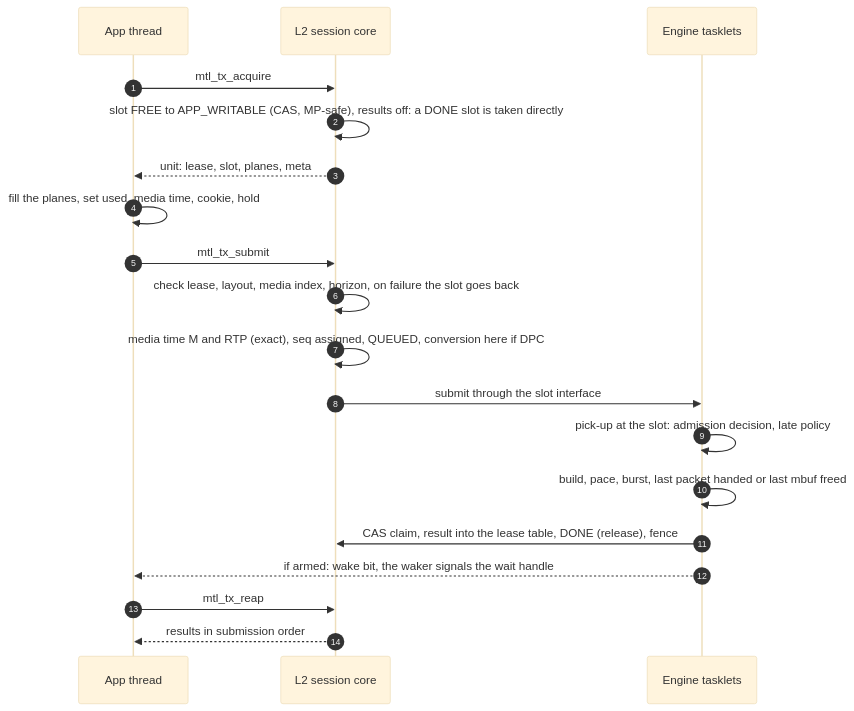
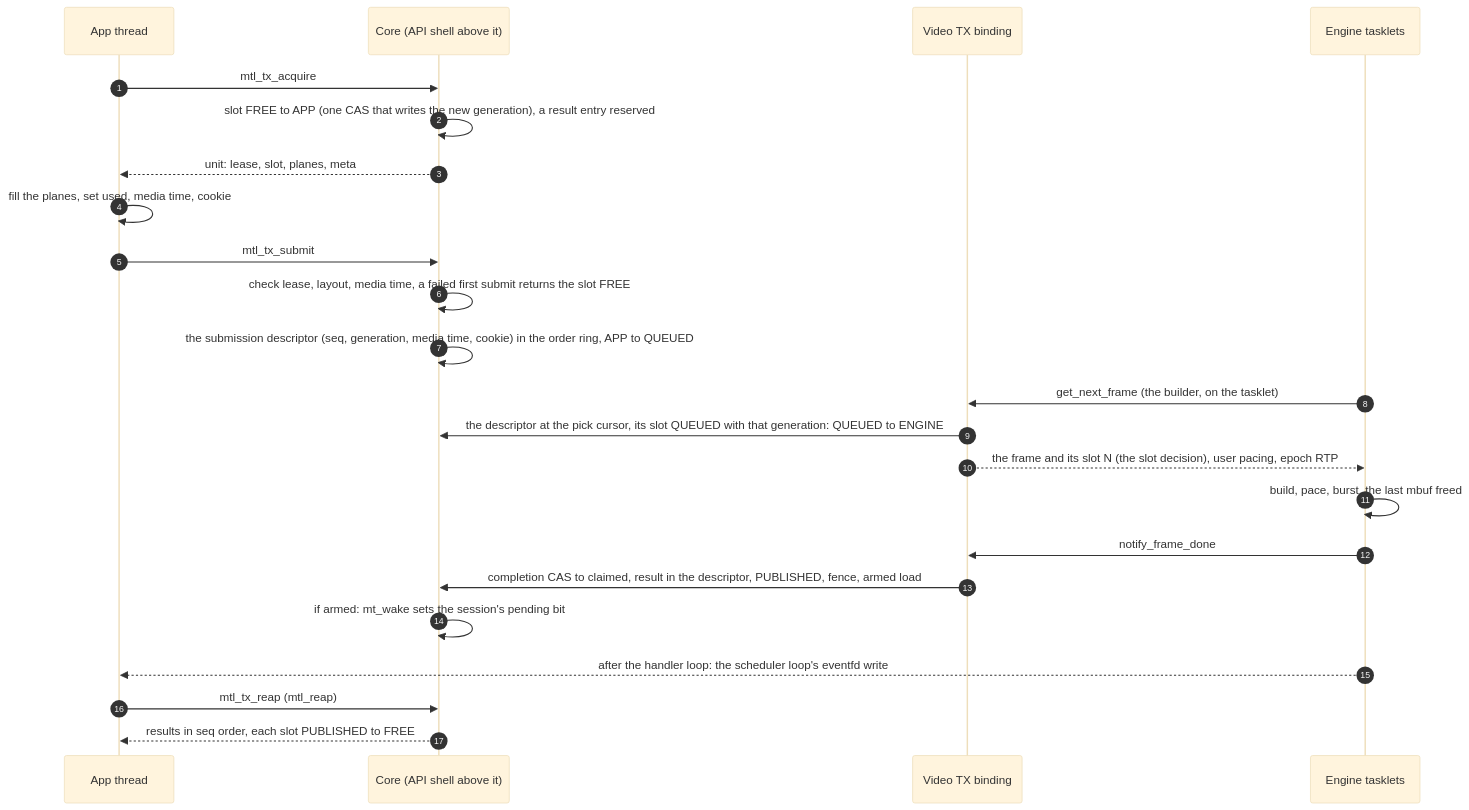
Before and after one commit to Sakoram/Media-Transport-Library: diagram 30 of 56 in doc/unified-api/diagrams.md, drawn with Mermaid (base theme). The commit also changed other lines of this file and 56 other files, not shown here.

````diff
--- a/doc/unified-api/diagrams.md
+++ b/doc/unified-api/diagrams.md
@@ -759,21 +810,25 @@
 ```mermaid
 sequenceDiagram
     autonumber
     participant A as App thread
-    participant L2 as L2 session core
+    participant C as Core (API shell above it)
+    participant B as Video TX binding
     participant E as Engine tasklets
-    A->>L2: mtl_tx_acquire
-    L2->>L2: slot FREE to APP_WRITABLE (CAS, MP-safe), results off: a DONE slot is taken directly
-    L2-->>A: unit: lease, slot, planes, meta
-    A->>A: fill the planes, set used, media time, cookie, hold
-    A->>L2: mtl_tx_submit
-    L2->>L2: check lease, layout, media index, horizon, on failure the slot goes back
-    L2->>L2: media time M and RTP (exact), seq assigned, QUEUED, conversion here if DPC
-    L2->>E: submit through the slot interface
-    E->>E: pick-up at the slot: admission decision, late policy
-    E->>E: build, pace, burst, last packet handed or last mbuf freed
-    E->>L2: CAS claim, result into the lease table, DONE (release), fence
-    E-->>A: if armed: wake bit, the waker signals the wait handle
-    A->>L2: mtl_tx_reap
-    L2-->>A: results in submission order
+    A->>C: mtl_tx_acquire
+    C->>C: slot FREE to APP (one CAS that writes the new generation), a result entry reserved
+    C-->>A: unit: lease, slot, planes, meta
+    A->>A: fill the planes, set used, media time, cookie
+    A->>C: mtl_tx_submit
+    C->>C: check lease, layout, media time, a failed first submit returns the slot FREE
+    C->>C: the submission descriptor (seq, generation, media time, cookie) in the order ring, APP to QUEUED
+    E->>B: get_next_frame (the builder, on the tasklet)
+    B->>C: the descriptor at the pick cursor, its slot QUEUED with that generation: QUEUED to ENGINE
+    B-->>E: the frame and its slot N (the slot decision), user pacing, epoch RTP
+    E->>E: build, pace, burst, the last mbuf freed
+    E->>B: notify_frame_done
+    B->>C: completion CAS to claimed, result in the descriptor, PUBLISHED, fence, armed load
+    C->>C: if armed: mt_wake sets the session's pending bit
+    E-->>A: after the handler loop: the scheduler loop's eventfd write
+    A->>C: mtl_tx_reap (mtl_reap)
+    C-->>A: results in seq order, each slot PUBLISHED to FREE
 ```
````
